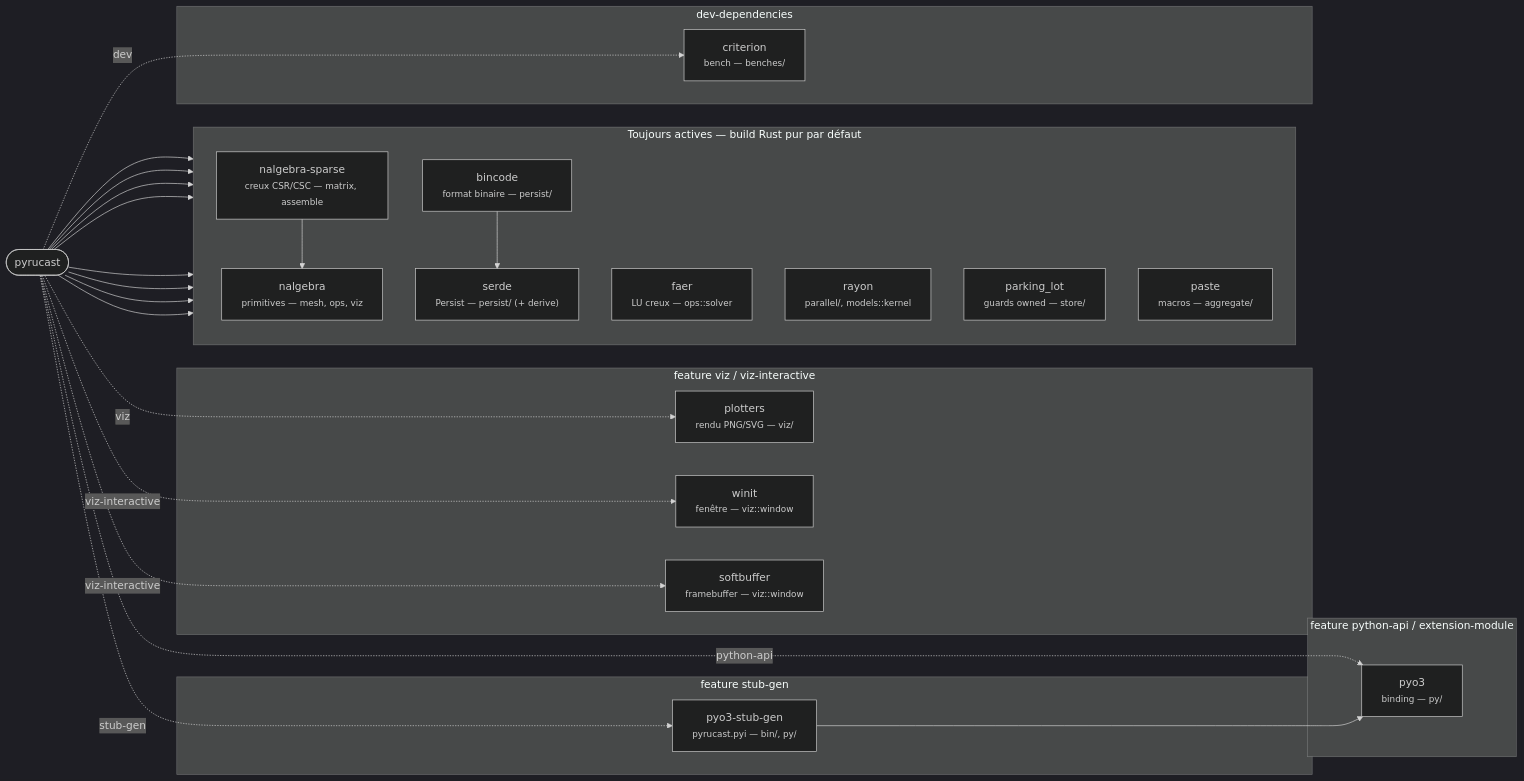
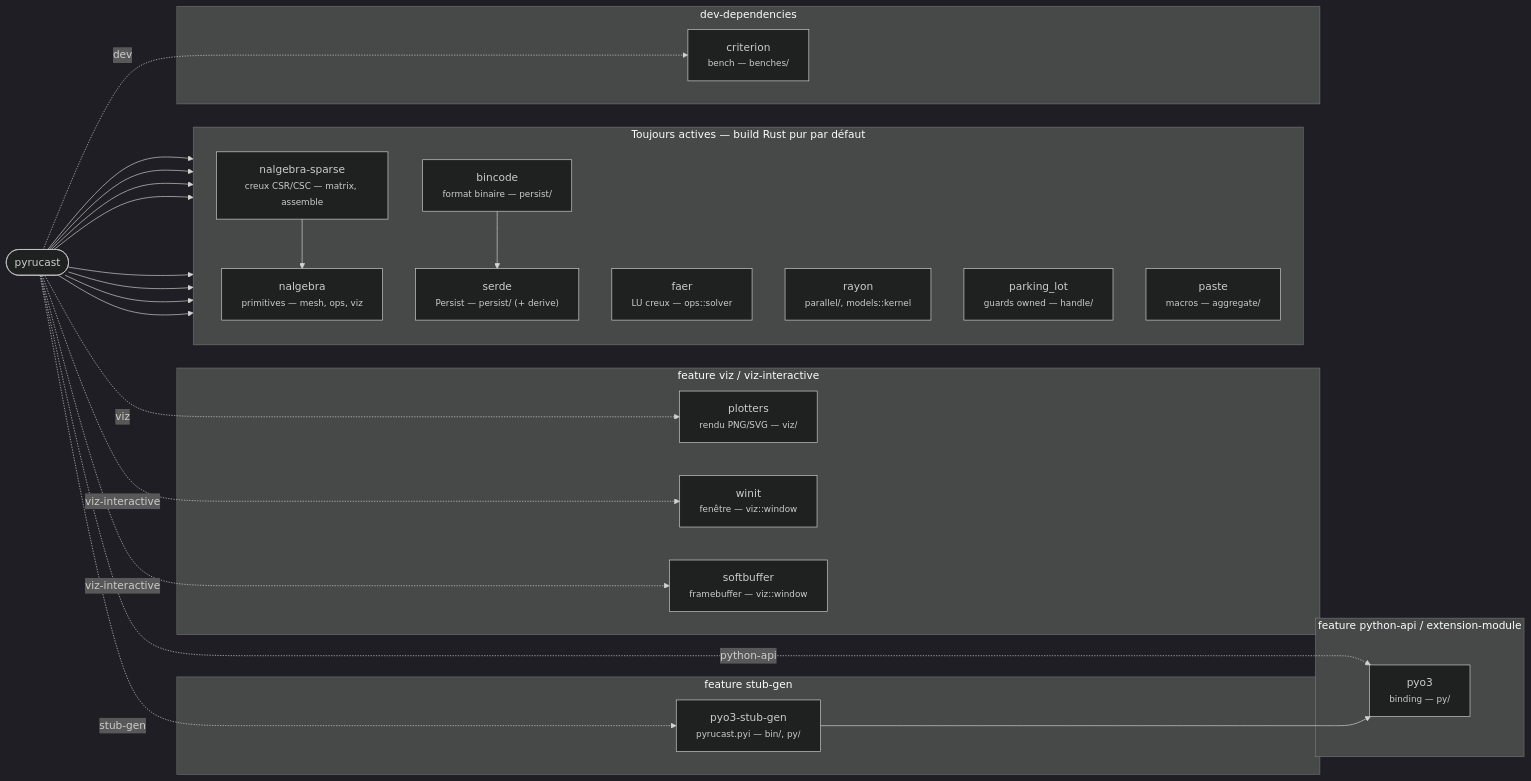
The diagram in book/src/developper/arborescence.md (Pyrucast/pyrucast), drawn with Mermaid (dark theme) before and after one commit. The commit also changed other lines of this file and 175 other files, not shown here.

First line of the commit message:
refactor(handle)!: `store` prend le nom de ce qu'il contient

````diff
--- a/book/src/developper/arborescence.md
+++ b/book/src/developper/arborescence.md
@@ -149,42 +149,42 @@
 ```mermaid
 flowchart LR
     pc(["pyrucast"])
 
     subgraph core["Toujours actives — build Rust pur par défaut"]
         direction TB
         nalgebra["nalgebra<br/><small>primitives — mesh, ops, viz</small>"]
         nsparse["nalgebra-sparse<br/><small>creux CSR/CSC — matrix, assemble</small>"]
         faer["faer<br/><small>LU creux — ops::solver</small>"]
         rayon["rayon<br/><small>parallel/, models::kernel</small>"]
-        parking["parking_lot<br/><small>guards owned — store/</small>"]
+        parking["parking_lot<br/><small>guards owned — handle/</small>"]
         serde["serde<br/><small>Persist — persist/ (+ derive)</small>"]
         bincode["bincode<br/><small>format binaire — persist/</small>"]
         paste["paste<br/><small>macros — aggregate/</small>"]
     end
 
     subgraph pyfeat["feature python-api / extension-module"]
         pyo3["pyo3<br/><small>binding — py/</small>"]
     end
     subgraph stubfeat["feature stub-gen"]
         stubgen["pyo3-stub-gen<br/><small>pyrucast.pyi — bin/, py/</small>"]
     end
     subgraph vizfeat["feature viz / viz-interactive"]
         plotters["plotters<br/><small>rendu PNG/SVG — viz/</small>"]
         winit["winit<br/><small>fenêtre — viz::window</small>"]
         softbuffer["softbuffer<br/><small>framebuffer — viz::window</small>"]
     end
     subgraph devfeat["dev-dependencies"]
         criterion["criterion<br/><small>bench — benches/</small>"]
     end
 
     pc --> nalgebra & nsparse & faer & rayon & parking & serde & bincode & paste
     nsparse --> nalgebra
     bincode --> serde
 
     pc -. "python-api" .-> pyo3
     pc -. "stub-gen" .-> stubgen
     stubgen --> pyo3
     pc -. "viz" .-> plotters
     pc -. "viz-interactive" .-> winit & softbuffer
     pc -. "dev" .-> criterion
 ```
````
